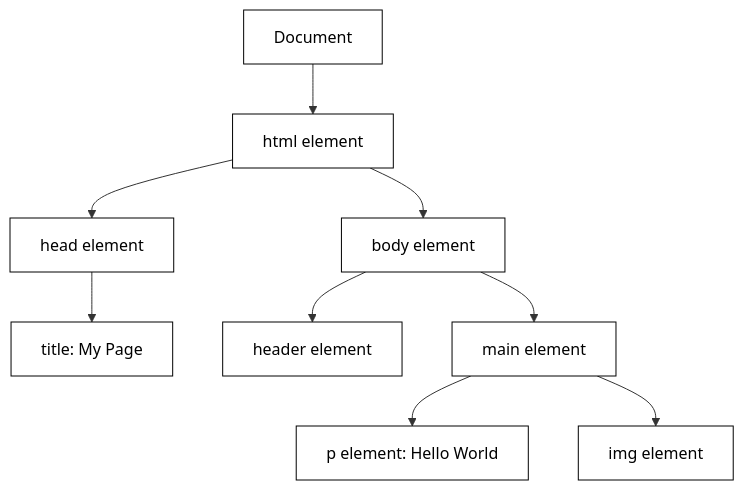
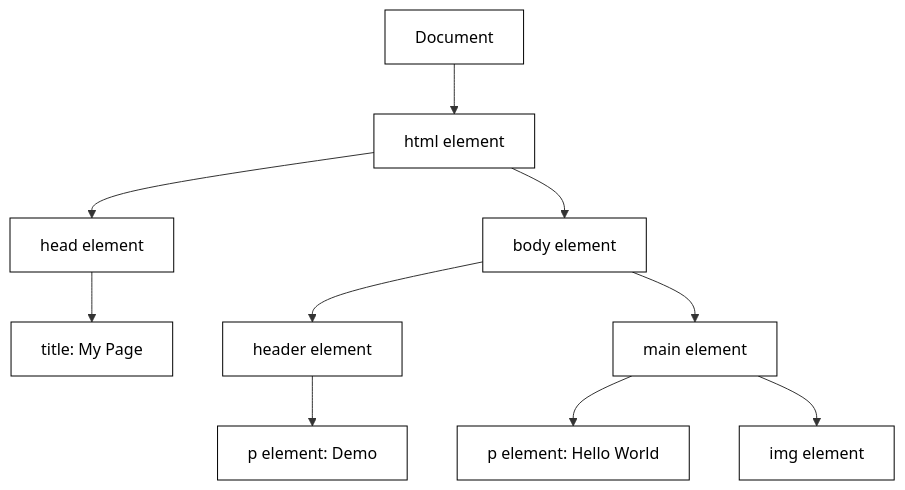
One commit to webprogramming260/webprogramming changed the diagram in instruction/html-exploration/html-exploration.md. Above: the diagram before and after it, drawn with Mermaid. The commit also changed other lines of this file, not shown here.

````diff
--- a/instruction/html-exploration/html-exploration.md
+++ b/instruction/html-exploration/html-exploration.md
@@ -9,12 +24,13 @@
 ```mermaid
 graph TD
     classDef default fill:#ffffff,stroke:#000000,color:#000000,stroke-width:1px;
     Document[Document] --> Root[html element]
     Root --> Head[head element]
     Root --> Body[body element]
     Head --> Title[title: My Page]
     Body --> Header[header element]
+    Header --> P1[p element: Demo]
     Body --> Main[main element]
-    Main --> P[p element: Hello World]
+    Main --> P2[p element: Hello World]
     Main --> Img[img element]
 ```
````
